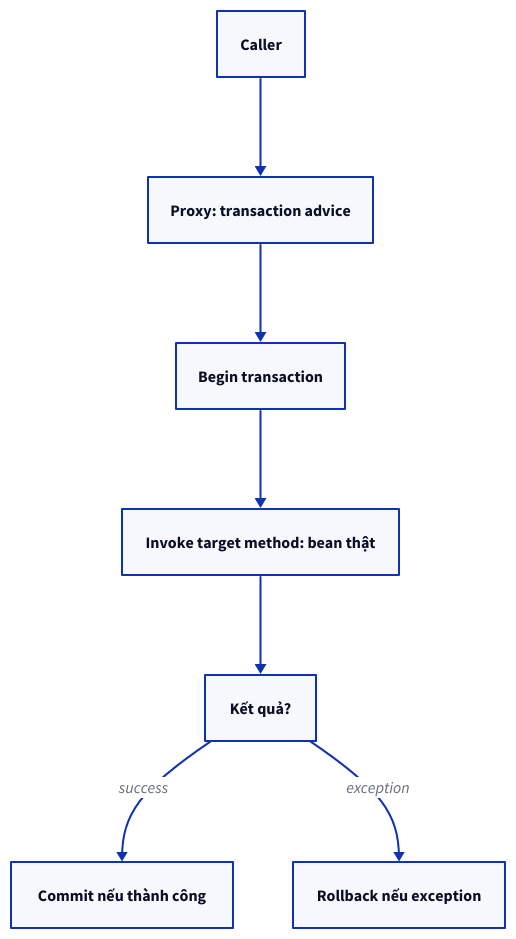
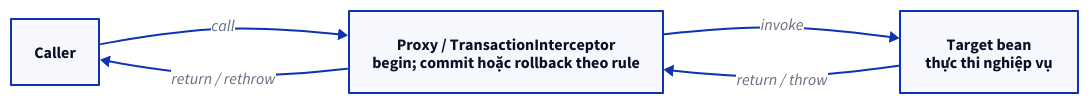
The first of 11 diagrams in content/docs/spring/spring-transaction.md (vanhiep99w/java-learn), drawn with D2 before and after one commit. The commit also changed other lines of this file and 62 other files, not shown here.

Commit message:
feat(docs): upgrade docs-kit and optimize diagram layouts

````diff
--- a/content/docs/spring/spring-transaction.md
+++ b/content/docs/spring/spring-transaction.md
@@ -43,13 +43,10 @@
-```d2 title="2. Spring Transaction nhìn từ 10.000 feet — AOP Proxy"
-direction: down
-caller: "Caller"
-proxy: "Proxy: transaction advice"
-begin: "Begin transaction"
-target: "Invoke target method: bean thật"
-outcome: "Kết quả?"
-commit: "Commit nếu thành công"
-rollback: "Rollback nếu exception"
-caller -> proxy -> begin -> target -> outcome
-outcome -> commit: success
-outcome -> rollback: exception
+```d2 title="Transaction proxy: caller, advice và target"
+direction: right
+caller: Caller
+proxy: "Proxy / TransactionInterceptor\nbegin; commit hoặc rollback theo rule"
+target: "Target bean\nthực thi nghiệp vụ"
+caller -> proxy: call
+proxy -> target: invoke
+target -> proxy: "return / throw"
+proxy -> caller: "return / rethrow"
 ```
````
